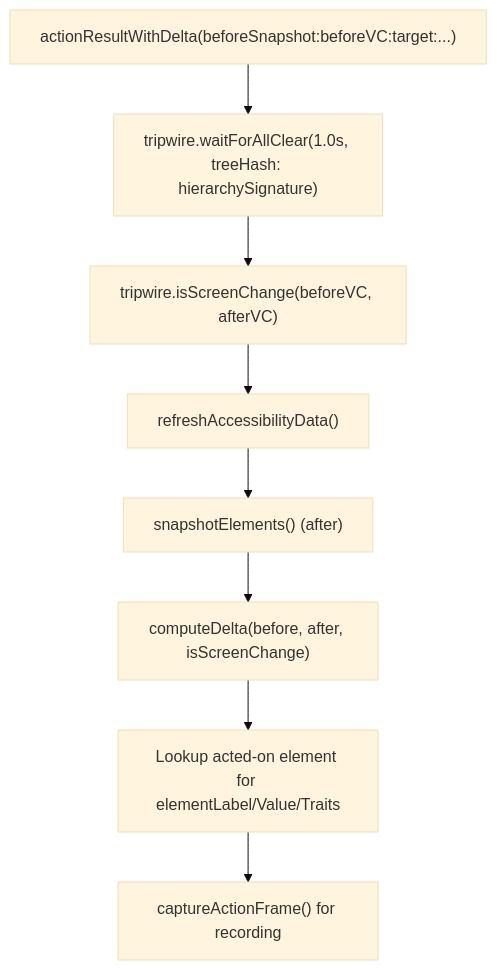
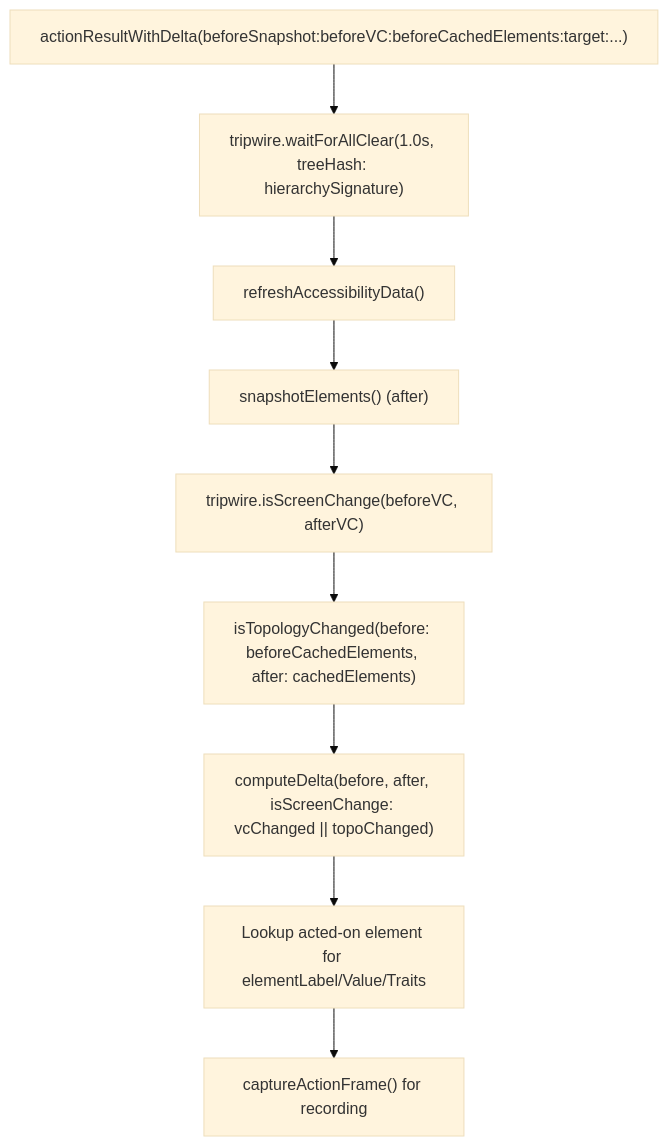
One commit to RoyalPineapple/TheButtonHeist changed the fourth of 4 diagrams in docs/dossiers/13-THEBAGMAN.md. Above: the diagram before and after it, drawn with Mermaid (base theme). The commit also changed other lines of this file and 6 other files, not shown here.

````diff
--- a/docs/dossiers/13-THEBAGMAN.md
+++ b/docs/dossiers/13-THEBAGMAN.md
@@ -114,11 +122,12 @@
 ```mermaid
 flowchart TD
-    Start["actionResultWithDelta(beforeSnapshot:beforeVC:target:...)"]
+    Start["actionResultWithDelta(beforeSnapshot:beforeVC:beforeCachedElements:target:...)"]
     Start --> WaitAllClear["tripwire.waitForAllClear(1.0s, treeHash: hierarchySignature)"]
-    WaitAllClear --> VCCheck["tripwire.isScreenChange(beforeVC, afterVC)"]
-    VCCheck --> Refresh["refreshAccessibilityData()"]
+    WaitAllClear --> Refresh["refreshAccessibilityData()"]
     Refresh --> Snapshot["snapshotElements() (after)"]
-    Snapshot --> Delta["computeDelta(before, after, isScreenChange)"]
+    Snapshot --> VCCheck["tripwire.isScreenChange(beforeVC, afterVC)"]
+    VCCheck --> TopoCheck["isTopologyChanged(before: beforeCachedElements, after: cachedElements)"]
+    TopoCheck --> Delta["computeDelta(before, after, isScreenChange: vcChanged || topoChanged)"]
     Delta --> Lookup["Lookup acted-on element for elementLabel/Value/Traits"]
     Lookup --> Frame["captureActionFrame() for recording"]
 ```
````
